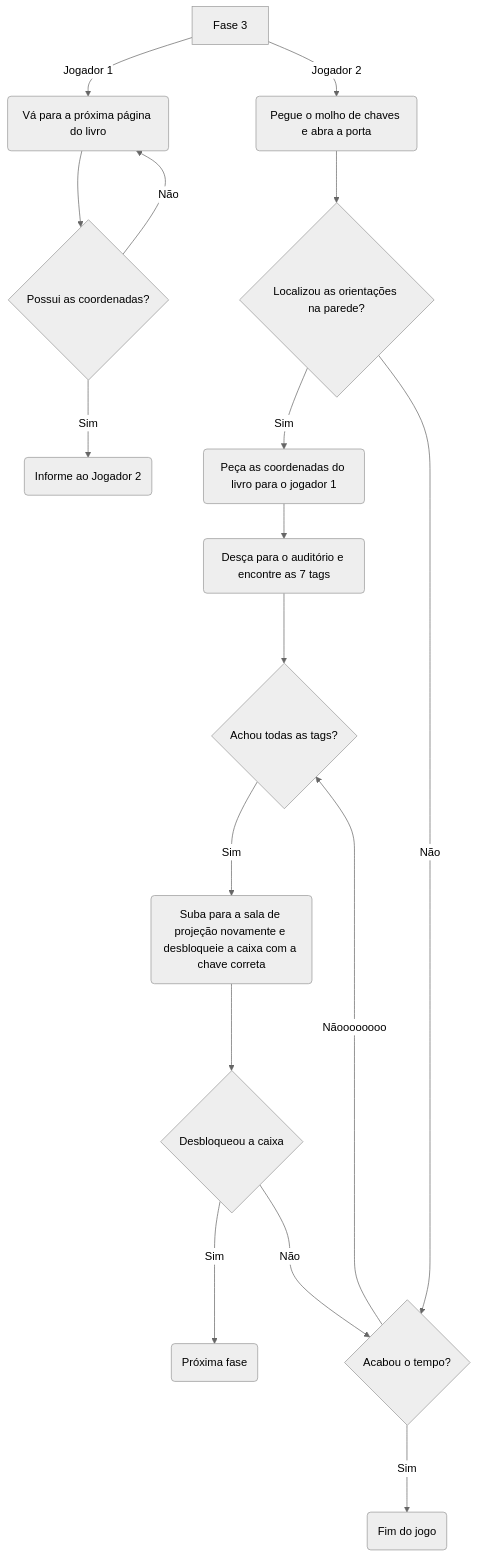
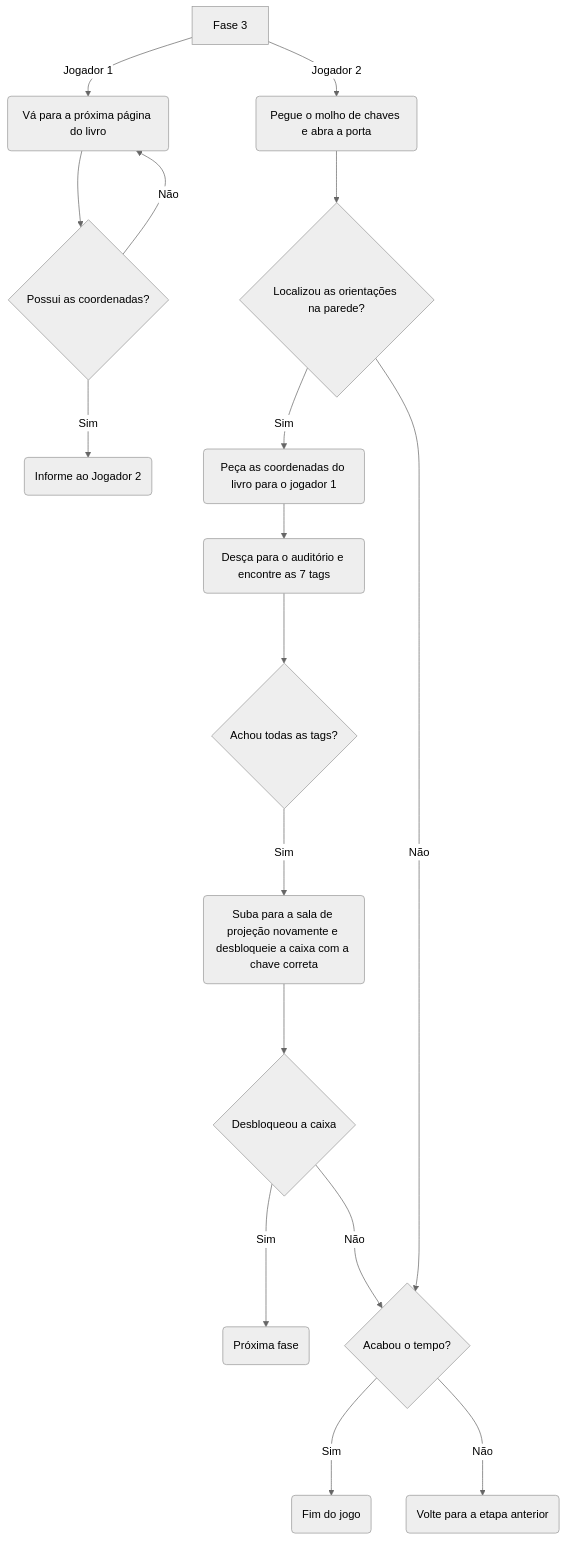
Before and after one commit to DinamicCreative/EscapeRoom: the fourth of 4 diagrams in README.md, drawn with Mermaid (neutral theme).

````diff
--- a/README.md
+++ b/README.md
@@ -110,25 +110,25 @@
 ```mermaid
 flowchart TD
   AA[Fase 3]
   AA --> |Jogador 1| BB(Vá para a próxima página do livro)
   AA --> |Jogador 2| CC(Pegue o molho de chaves e abra a porta)
   CC --> DD{Localizou as orientações na parede?}
  
  DD --> |Sim| LL(Peça as coordenadas do livro para o jogador 1)
 DD --> |Não| HH
 
 
  LL --> AAA(Desça para o auditório e encontre as 7 tags)
  AAA ---> BBB{Achou todas as tags?}
  BBB ---> |Sim| CCC(Suba para a sala de projeção novamente e desbloqueie a caixa com a chave correta)
  CCC ---> DDD{Desbloqueou a caixa}
  DDD ---> |Sim| EEE(Próxima fase)
  DDD ---> |Não| HH
  HH{Acabou o tempo?} ---> |Sim| FF(Fim do jogo)
- HH ---> |Nãoooooooo| BBB
+ HH ---> |Não| GG(Volte para a etapa anterior)
 
 BB --> RR{Possui as coordenadas?}
 RR -->  |Sim| SS(Informe ao Jogador 2)
 RR -->  |Não| BB
 
 ```
````
